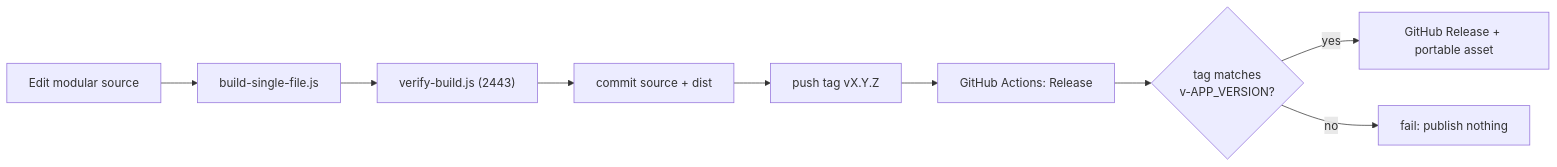
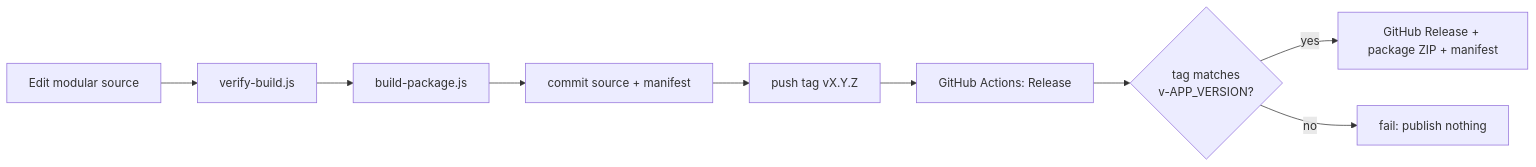
One commit to fanoryu/TAM-OS-Next changed the second of 2 diagrams in README.md. Above: the diagram before and after it, drawn with Mermaid. The commit also changed other lines of this file and 40 other files, not shown here.

First line of the commit message:
build: add strict-CSP deployment package

````diff
--- a/README.md
+++ b/README.md
@@ -461,9 +475,9 @@
 ```mermaid
 flowchart LR
-  DEV["Edit modular source"] --> B["build-single-file.js"] --> V["verify-build.js (2443)"]
-  V --> C["commit source + dist"] --> T["push tag vX.Y.Z"]
+  DEV["Edit modular source"] --> V["verify-build.js"] --> B["build-package.js"]
+  B --> C["commit source + manifest"] --> T["push tag vX.Y.Z"]
   T --> GA["GitHub Actions: Release"]
   GA --> GATE{"tag matches<br/>v-APP_VERSION?"}
-  GATE -->|yes| REL["GitHub Release + portable asset"]
+  GATE -->|yes| REL["GitHub Release + package ZIP + manifest"]
   GATE -->|no| STOP["fail: publish nothing"]
 ```
````
